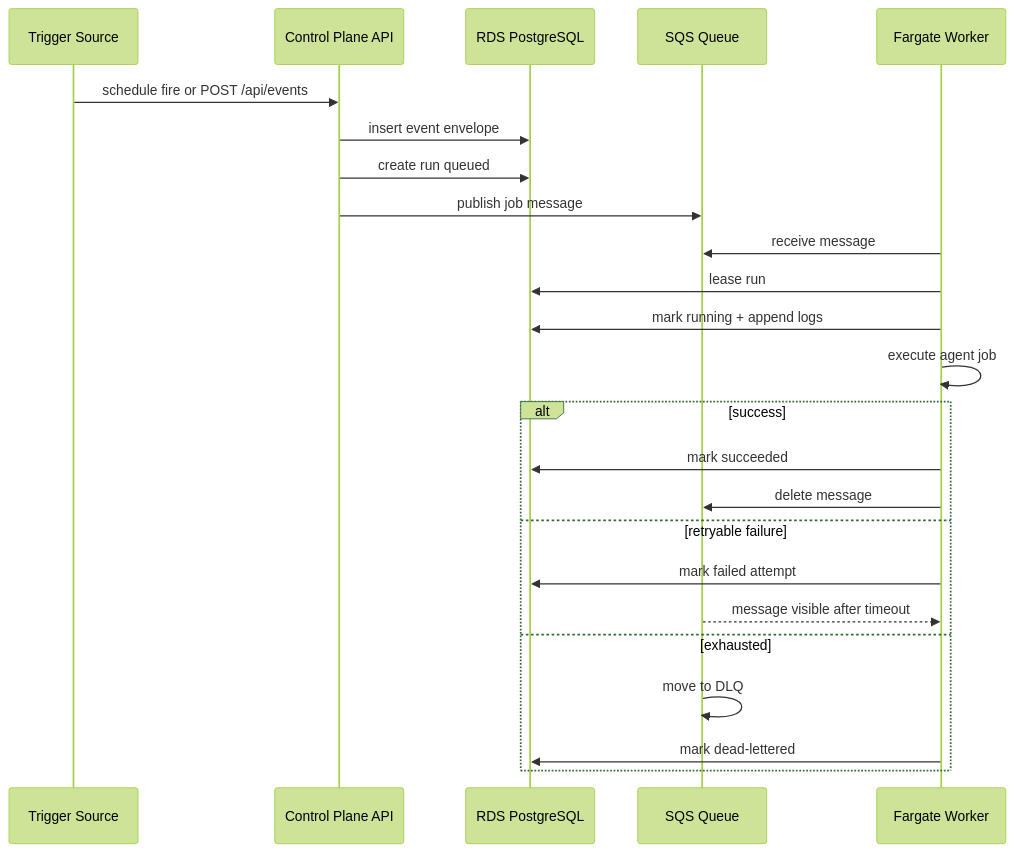
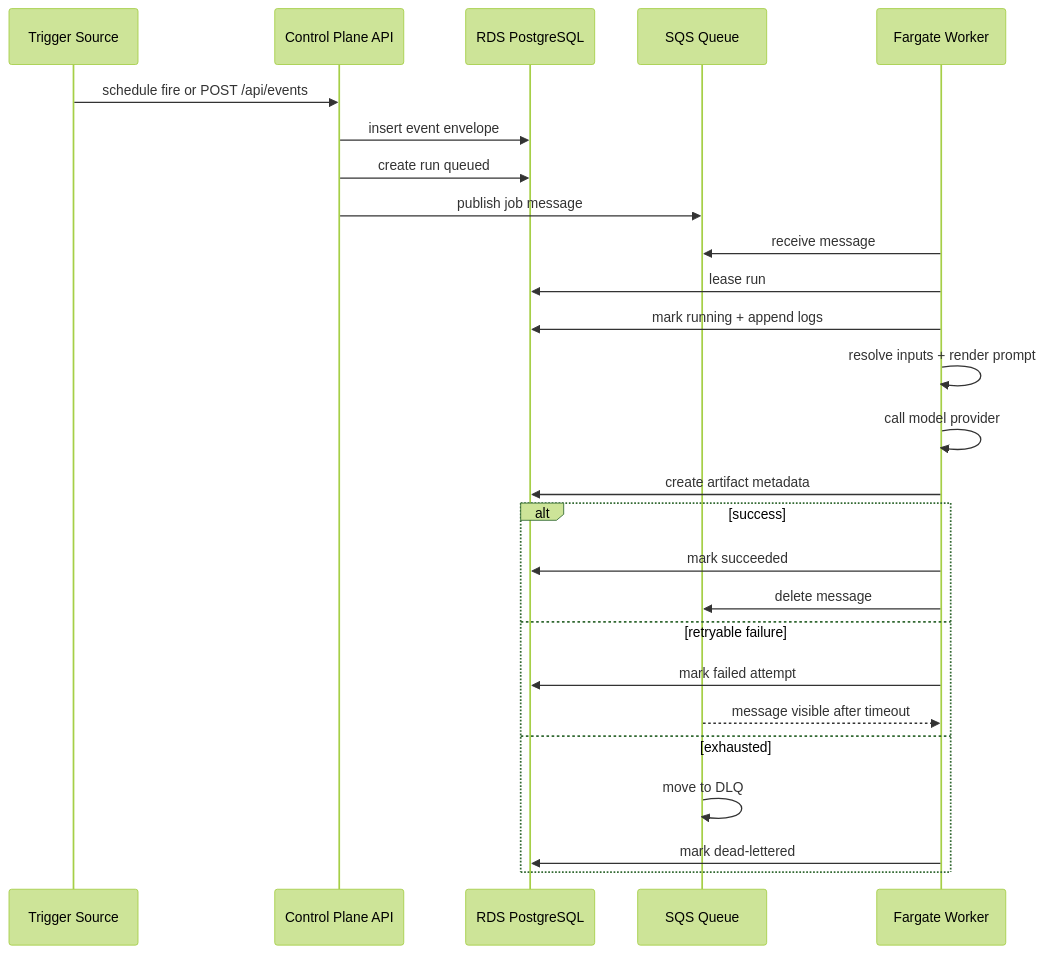
The second of 2 diagrams in project_design.md (NTitterton/event-agent), drawn with Mermaid (forest theme) before and after one commit. The commit also changed other lines of this file and 25 other files, not shown here.

Commit message:
Add data-driven daily stock prompt agent

````diff
--- a/project_design.md
+++ b/project_design.md
@@ -69,27 +72,29 @@
 ```mermaid
 sequenceDiagram
     participant Trigger as Trigger Source
     participant API as Control Plane API
     participant DB as RDS PostgreSQL
     participant Queue as SQS Queue
     participant Worker as Fargate Worker
 
     Trigger->>API: schedule fire or POST /api/events
     API->>DB: insert event envelope
     API->>DB: create run queued
     API->>Queue: publish job message
     Worker->>Queue: receive message
     Worker->>DB: lease run
     Worker->>DB: mark running + append logs
-    Worker->>Worker: execute agent job
+    Worker->>Worker: resolve inputs + render prompt
+    Worker->>Worker: call model provider
+    Worker->>DB: create artifact metadata
     alt success
         Worker->>DB: mark succeeded
         Worker->>Queue: delete message
     else retryable failure
         Worker->>DB: mark failed attempt
         Queue-->>Worker: message visible after timeout
     else exhausted
         Queue->>Queue: move to DLQ
         Worker->>DB: mark dead-lettered
     end
 ```
````
